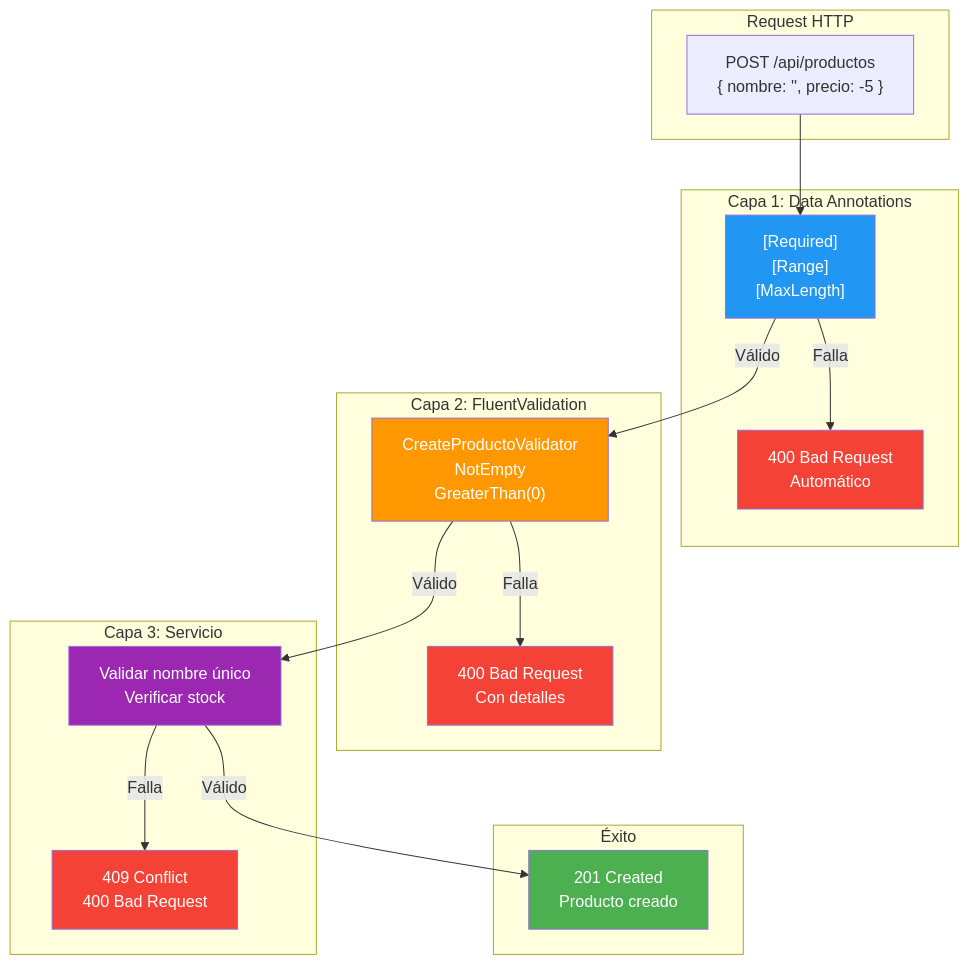
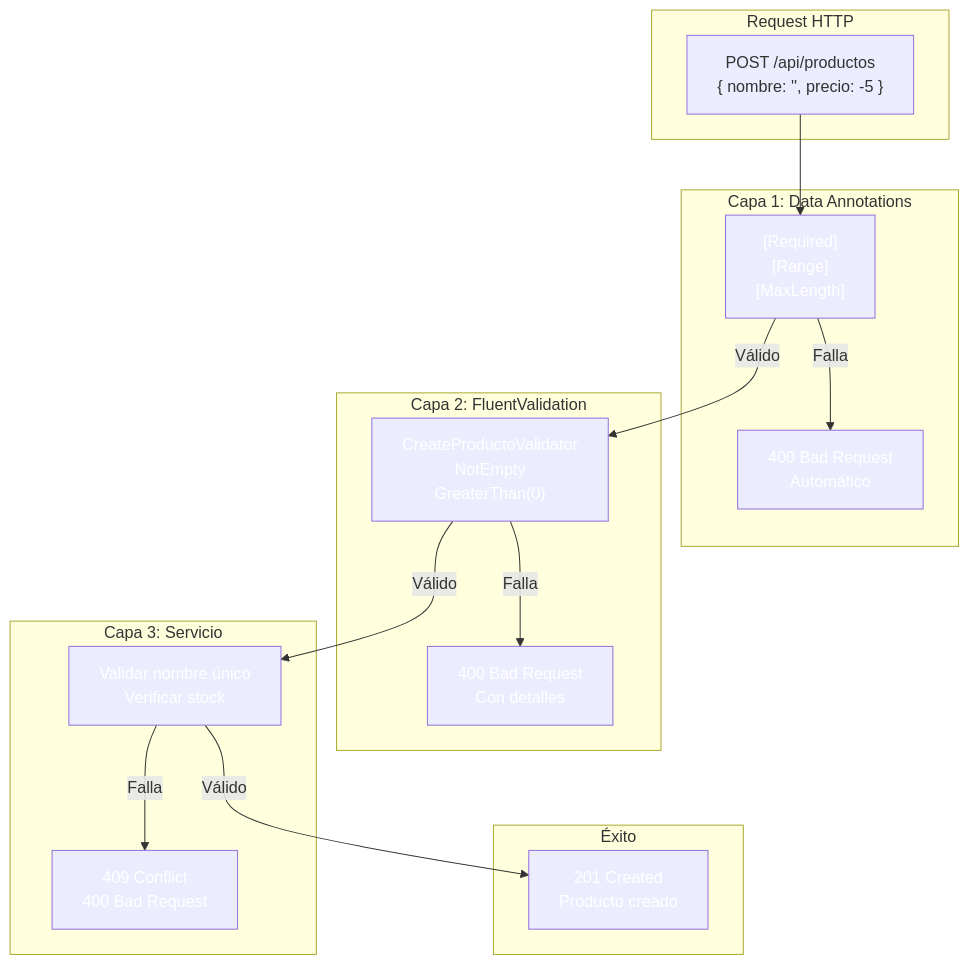
Before and after one commit to joseluisgs/DesarrolloWebEntornosServidor-02-2026-2027: the third of 11 diagrams in 08-dtos-mapeadores-validaciones.md, drawn with Mermaid. The commit also changed other lines of this file and 41 other files, not shown here.

````diff
--- a/08-dtos-mapeadores-validaciones.md
+++ b/08-dtos-mapeadores-validaciones.md
@@ -291,38 +291,38 @@
 ```mermaid
 flowchart TB
     subgraph "Request HTTP"
         REQ["POST /api/productos<br/>{ nombre: '', precio: -5 }"]
     end
 
     subgraph "Capa 1: Data Annotations"
         DA["[Required]<br/>[Range]<br/>[MaxLength]"]
         DA -->|Falla| DA_ERR["400 Bad Request<br/>Automático"]
     end
 
     subgraph "Capa 2: FluentValidation"
         FV["CreateProductoValidator<br/>NotEmpty<br/>GreaterThan(0)"]
         FV -->|Falla| FV_ERR["400 Bad Request<br/>Con detalles"]
     end
 
     subgraph "Capa 3: Servicio"
         SVC["Validar nombre único<br/>Verificar stock"]
         SVC -->|Falla| SVC_ERR["409 Conflict<br/>400 Bad Request"]
     end
 
     subgraph "Éxito"
         OK["201 Created<br/>Producto creado"]
     end
 
     REQ --> DA
     DA -->|Válido| FV
     FV -->|Válido| SVC
     SVC -->|Válido| OK
 
-    style DA fill:#2196F3,color:#fff
-    style FV fill:#FF9800,color:#fff
-    style SVC fill:#9C27B0,color:#fff
-    style OK fill:#4CAF50,color:#fff
-    style DA_ERR fill:#f44336,color:#fff
-    style FV_ERR fill:#f44336,color:#fff
-    style SVC_ERR fill:#f44336,color:#fff
+    style DA fill:#2196F,color:#fff3,color:#fff
+    style FV fill:#FF980,color:#fff0,color:#fff
+    style SVC fill:#9C27B,color:#fff0,color:#fff
+    style OK fill:#4CAF5,color:#fff0,color:#fff
+    style DA_ERR fill:#f4433,color:#fff6,color:#fff
+    style FV_ERR fill:#f4433,color:#fff6,color:#fff
+    style SVC_ERR fill:#f4433,color:#fff6,color:#fff
 ```
````
